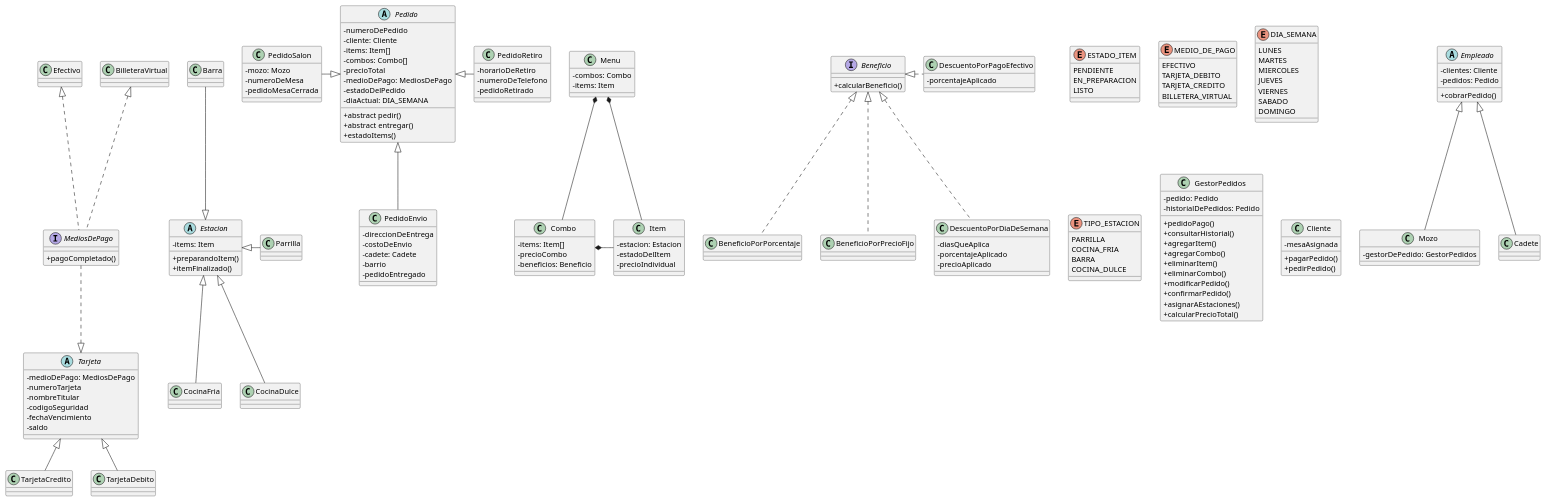
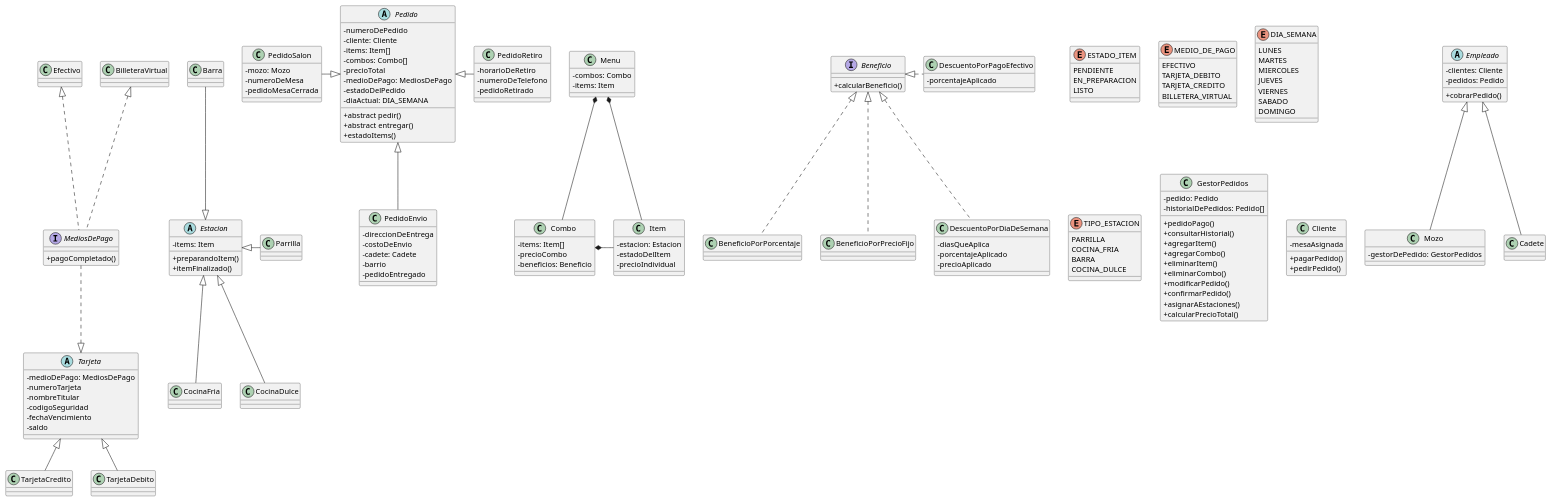
The diagram in diagramas/clasesTP.puml (BrunoE99/tp_restaurante_programacion_II), drawn with PlantUML before and after one commit. The commit also changed 1 other file, not shown here.

Commit message:
parte de gestor de pedidos

```diff
--- a/diagramas/clasesTP.puml
+++ b/diagramas/clasesTP.puml
@@ -34,7 +34,7 @@
 
 class GestorPedidos {
     - pedido: Pedido
-    - historialDePedidos: Pedido
+    - historialDePedidos: Pedido[]
 
     + pedidoPago()
     + consultarHistorial()
```
